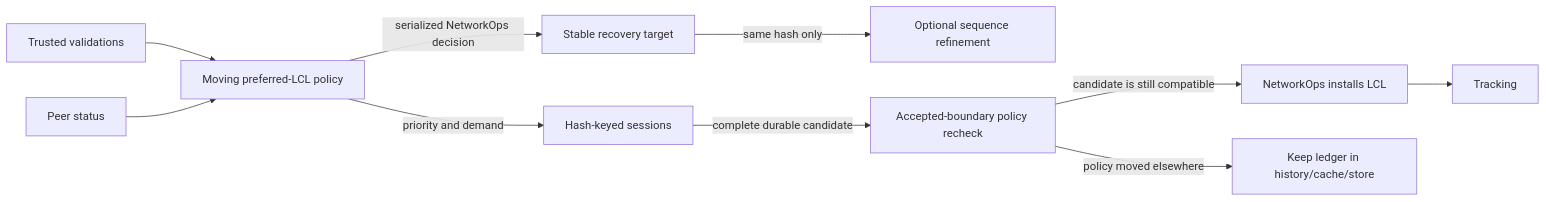
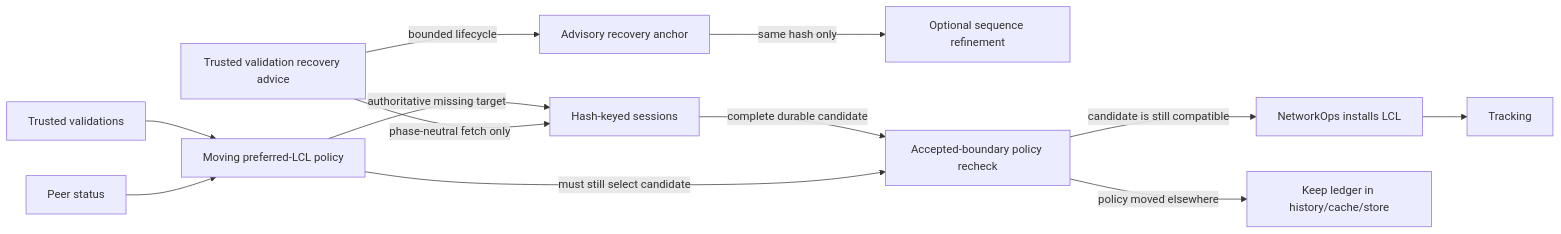
The third of 10 diagrams in docs/ACQUISITION.md (TusharPardhe/quaxar), drawn with Mermaid before and after one commit. The commit also changed other lines of this file and 31 other files, not shown here.

````diff
--- a/docs/ACQUISITION.md
+++ b/docs/ACQUISITION.md
@@ -176,12 +182,14 @@
 ```mermaid
 flowchart LR
     TV[Trusted validations] --> PREF[Moving preferred-LCL policy]
     PS[Peer status] --> PREF
-    PREF -->|priority and demand| SESS[Hash-keyed sessions]
-    PREF -->|serialized NetworkOps decision| ANCHOR[Stable recovery target]
+    PREF -->|authoritative missing target| SESS[Hash-keyed sessions]
+    ADVICE[Trusted validation recovery advice] -->|phase-neutral fetch only| SESS
+    ADVICE -->|bounded lifecycle| ANCHOR[Advisory recovery anchor]
     ANCHOR -->|same hash only| REFINE[Optional sequence refinement]
     SESS -->|complete durable candidate| CHECK[Accepted-boundary policy recheck]
+    PREF -->|must still select candidate| CHECK
     CHECK -->|candidate is still compatible| INSTALL[NetworkOps installs LCL]
     CHECK -->|policy moved elsewhere| REUSE[Keep ledger in history/cache/store]
     INSTALL --> TRACK[Tracking]
 ```
````
